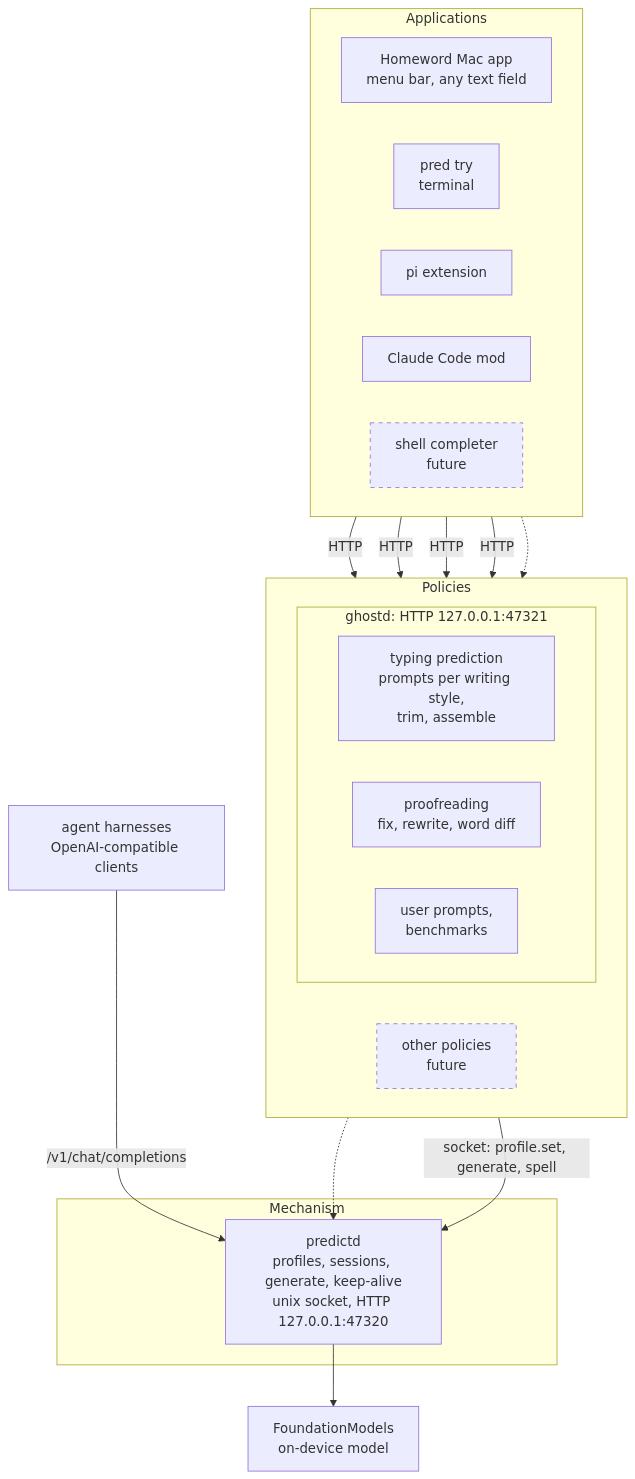
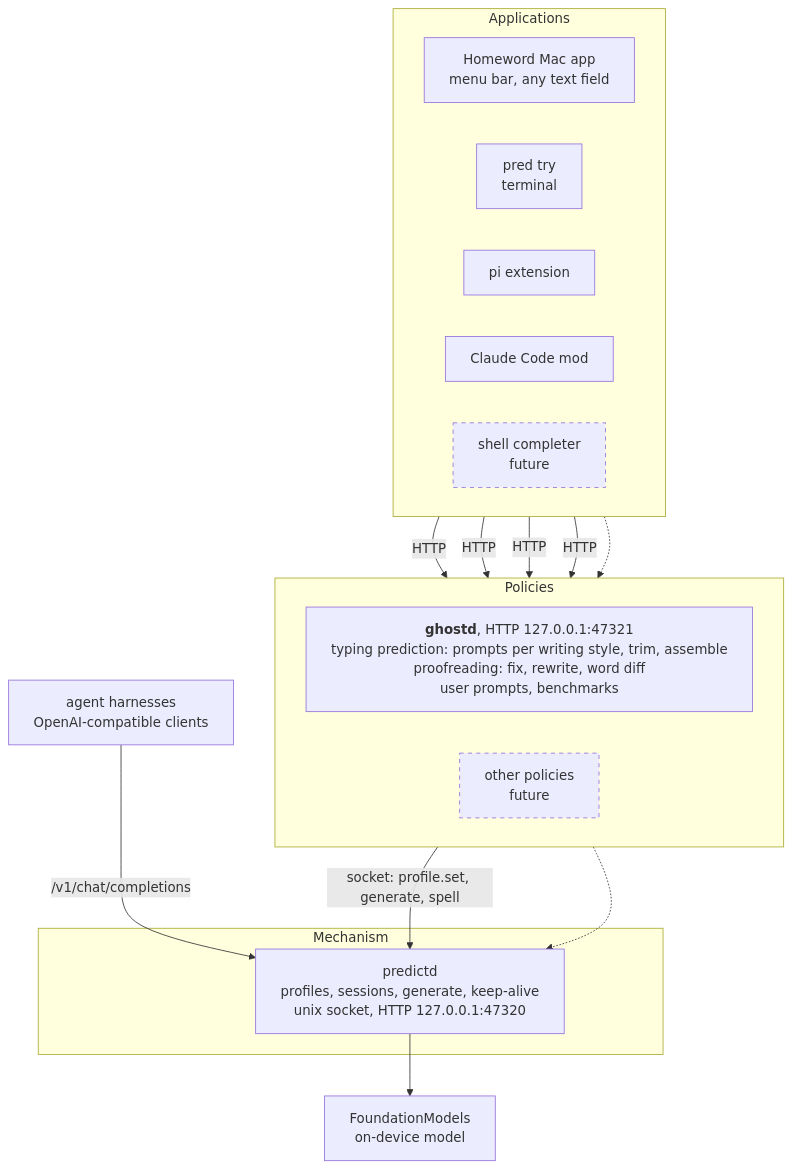
The first of 7 diagrams in docs/ARCHITECTURE.md (FreemanX/Homeword), drawn with Mermaid before and after one commit. The commit also changed other lines of this file and 6 other files, not shown here.

First line of the commit message:
Mermaid: wider text in flowchart boxes

````diff
--- a/docs/ARCHITECTURE.md
+++ b/docs/ARCHITECTURE.md
@@ -18,36 +18,32 @@
 ```mermaid
+%%{init: {"flowchart": {"wrappingWidth": 480}}}%%
 flowchart TB
     subgraph apps["Applications"]
         direction LR
         mac["Homeword Mac app<br/>menu bar, any text field"]
         try["pred try<br/>terminal"]
         pi["pi extension"]
         cc["Claude Code mod"]
         next["shell completer<br/>future"]:::future
     end
     subgraph policy["Policies"]
         direction LR
-        subgraph gd["ghostd: HTTP 127.0.0.1:47321"]
-            direction LR
-            typing["typing prediction<br/>prompts per writing style,<br/>trim, assemble"]
-            proof["proofreading<br/>fix, rewrite, word diff"]
-            prompts["user prompts,<br/>benchmarks"]
-        end
+        gd["<b>ghostd</b>, HTTP 127.0.0.1:47321<br/>typing prediction: prompts per writing style, trim, assemble<br/>proofreading: fix, rewrite, word diff<br/>user prompts, benchmarks"]
         other["other policies<br/>future"]:::future
     end
     subgraph mech["Mechanism"]
         predictd["predictd<br/>profiles, sessions, generate, keep-alive<br/>unix socket, HTTP 127.0.0.1:47320"]
     end
     harness["agent harnesses<br/>OpenAI-compatible clients"]
     fm["FoundationModels<br/>on-device model"]
     mac -->|"HTTP"| gd
     try -->|"HTTP"| gd
     pi -->|"HTTP"| gd
     cc -->|"HTTP"| gd
     next -.-> gd
     gd -->|"socket: profile.set, generate, spell"| predictd
     other -.-> predictd
     harness -->|"/v1/chat/completions"| predictd
     predictd --> fm
     classDef future stroke-dasharray: 5 5
 ```
````
